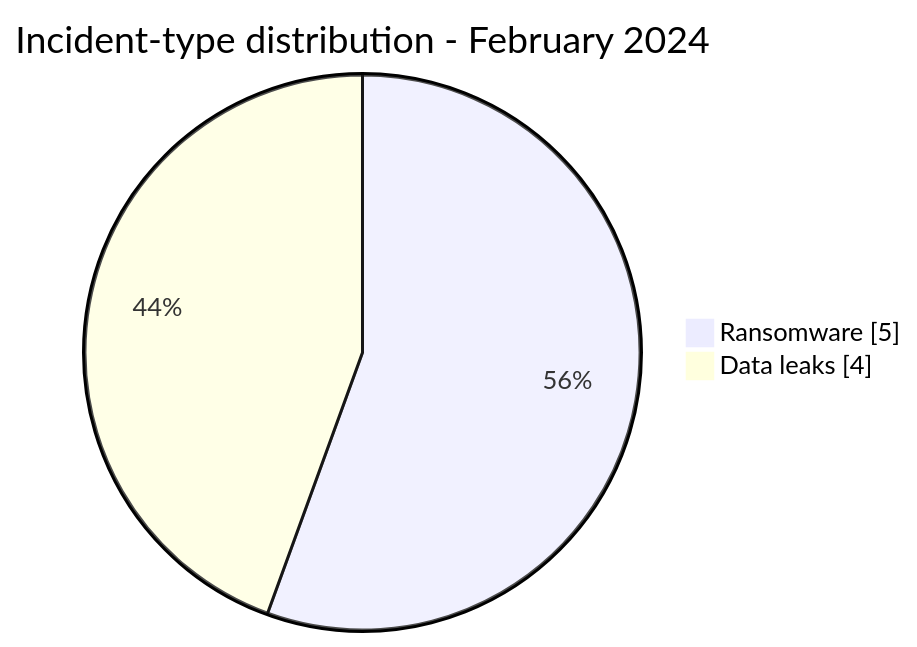
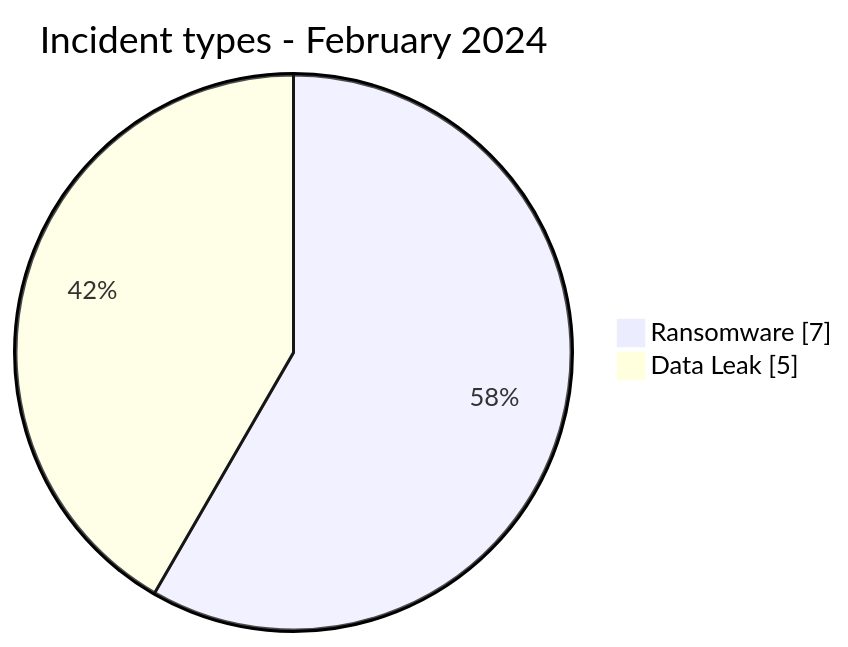
Before and after one commit to Hatchepsoute/AFRINTEL: the first of 3 diagrams in CyberAttackAfrica/2024/02-february/README.md, drawn with Mermaid. The commit also changed other lines of this file and 60 other files, not shown here.

````diff
--- a/CyberAttackAfrica/2024/02-february/README.md
+++ b/CyberAttackAfrica/2024/02-february/README.md
@@ -54,6 +52,6 @@
 ```mermaid
 pie showData
-    title Incident-type distribution - February 2024
-    "Ransomware" : 5
-    "Data leaks" : 4
+    title Incident types - February 2024
+    "Ransomware" : 7
+    "Data Leak" : 5
 ```
````
